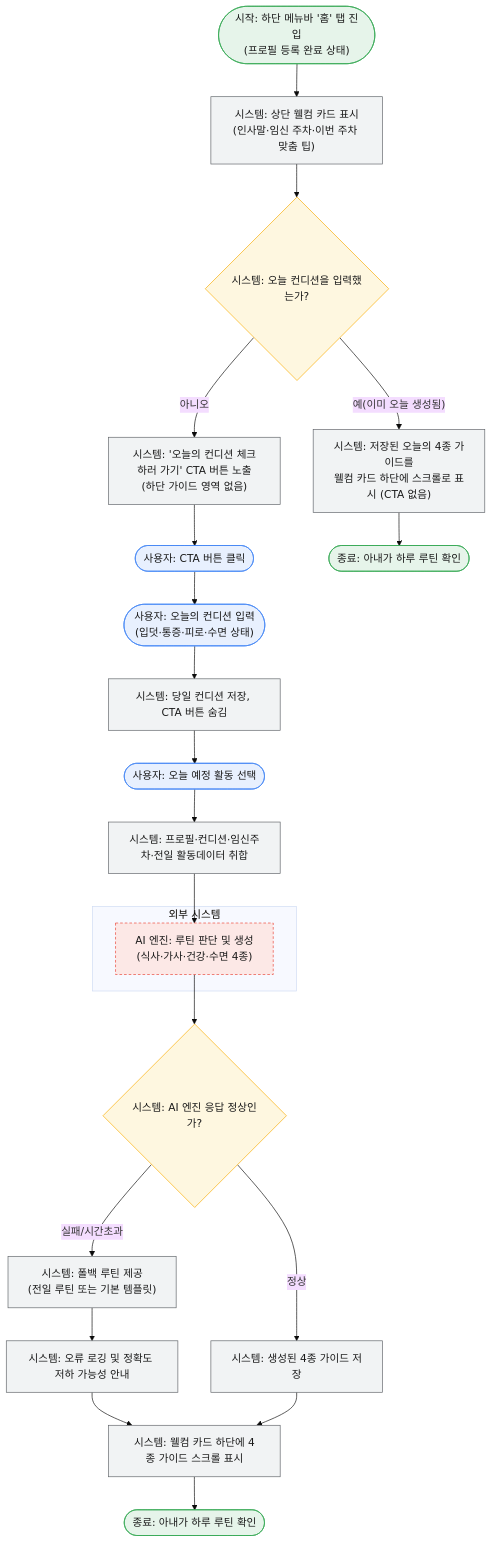
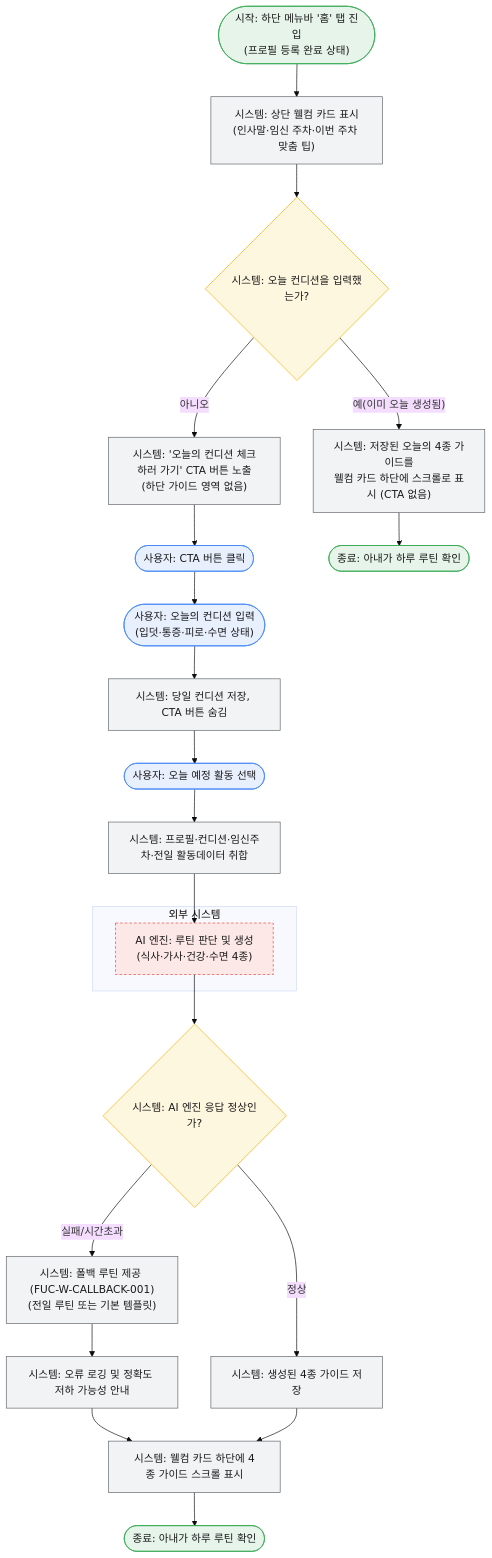
Before and after one commit to lgdxDORAEMI/PLM: the diagram in docs/서비스흐름도/02_AI하루루틴생성.mmd, drawn with Mermaid (base theme). The commit also changed 11 other files, not shown here.

```diff
--- a/docs/서비스흐름도/02_AI하루루틴생성.mmd
+++ b/docs/서비스흐름도/02_AI하루루틴생성.mmd
@@ -1,35 +1,36 @@
 %% 서비스 흐름도: 홈 화면 진입 및 AI 하루 루틴 생성
-%% 관련 기능: W-HOME-001, W-COND-001, W-TASK-001, W-ROUTINE-001, W-ROUTINE-003 / 관련 UC: UC2, UC3, UC11
+%% 관련 기능: FUC-W-HOME-001, FUC-W-COND-001, FUC-W-TASK-001, FUC-W-CALLBACK-001 / 관련 UC: UC2, UC3, UC11
+%% 참고: AI 루틴 생성 요청·응답 반영(구 FUC-W-ROUTINE-001)은 FUC-W-HOME-001에 통합됨. 폴백 처리(구 FUC-W-ROUTINE-003)는 모든 AI 엔진 호출 화면이 공유하는 FUC-W-CALLBACK-001로 분리됨
 %% 전제: 프로필 등록 완료(UC1) 상태. 홈 화면은 하나이며, 컨디션 입력 여부에 따라 CTA/가이드 영역만 조건부 렌더링된다.
 flowchart TD
     classDef user fill:#E8F0FE,stroke:#4285F4,color:#1a1a1a;
     classDef system fill:#F1F3F4,stroke:#5f6368,color:#1a1a1a;
     classDef decision fill:#FEF7E0,stroke:#F9AB00,color:#1a1a1a;
     classDef terminal fill:#E6F4EA,stroke:#34A853,color:#1a1a1a;
     classDef external fill:#FCE8E6,stroke:#EA4335,color:#1a1a1a,stroke-dasharray: 4 3;
 
     Start(["시작: 하단 메뉴바 '홈' 탭 진입<br/>(프로필 등록 완료 상태)"]):::terminal --> W["시스템: 상단 웰컴 카드 표시<br/>(인사말·임신 주차·이번 주차 맞춤 팁)"]:::system
     W --> P{"시스템: 오늘 컨디션을 입력했는가?"}:::decision
 
     P -- 아니오 --> Q["시스템: '오늘의 컨디션 체크하러 가기' CTA 버튼 노출<br/>(하단 가이드 영역 없음)"]:::system
     Q --> R(["사용자: CTA 버튼 클릭"]):::user
     R --> A(["사용자: 오늘의 컨디션 입력<br/>(입덧·통증·피로·수면 상태)"]):::user
     A --> B["시스템: 당일 컨디션 저장, CTA 버튼 숨김"]:::system
     B --> C(["사용자: 오늘 예정 활동 선택"]):::user
     C --> D["시스템: 프로필·컨디션·임신주차·전일 활동데이터 취합"]:::system
 
     subgraph EXT["외부 시스템"]
         E["AI 엔진: 루틴 판단 및 생성<br/>(식사·가사·건강·수면 4종)"]:::external
     end
 
     D --> E
     E --> F{"시스템: AI 엔진 응답 정상인가?"}:::decision
-    F -- 실패/시간초과 --> G["시스템: 폴백 루틴 제공<br/>(전일 루틴 또는 기본 템플릿)"]:::system
+    F -- 실패/시간초과 --> G["시스템: 폴백 루틴 제공 (FUC-W-CALLBACK-001)<br/>(전일 루틴 또는 기본 템플릿)"]:::system
     G --> H["시스템: 오류 로깅 및 정확도 저하 가능성 안내"]:::system
     H --> J["시스템: 웰컴 카드 하단에 4종 가이드 스크롤 표시"]:::system
     F -- 정상 --> I["시스템: 생성된 4종 가이드 저장"]:::system
     I --> J
 
     P -- 예(이미 오늘 생성됨) --> K["시스템: 저장된 오늘의 4종 가이드를<br/>웰컴 카드 하단에 스크롤로 표시 (CTA 없음)"]:::system
     K --> End2(["종료: 아내가 하루 루틴 확인"]):::terminal
     J --> End1(["종료: 아내가 하루 루틴 확인"]):::terminal
```
